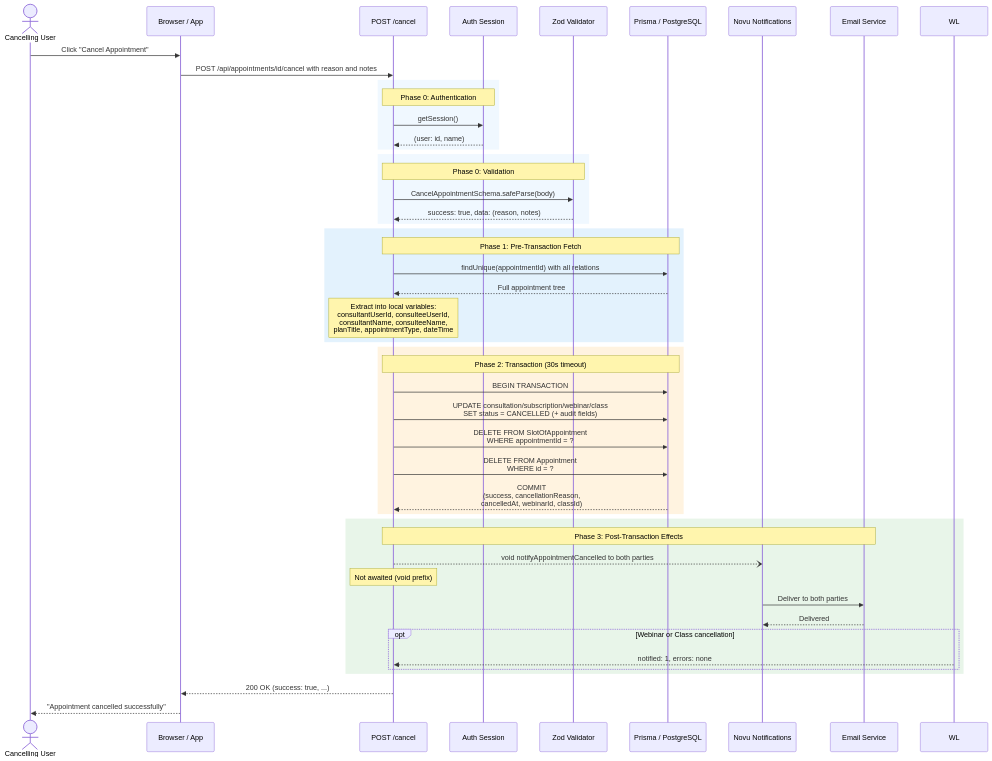
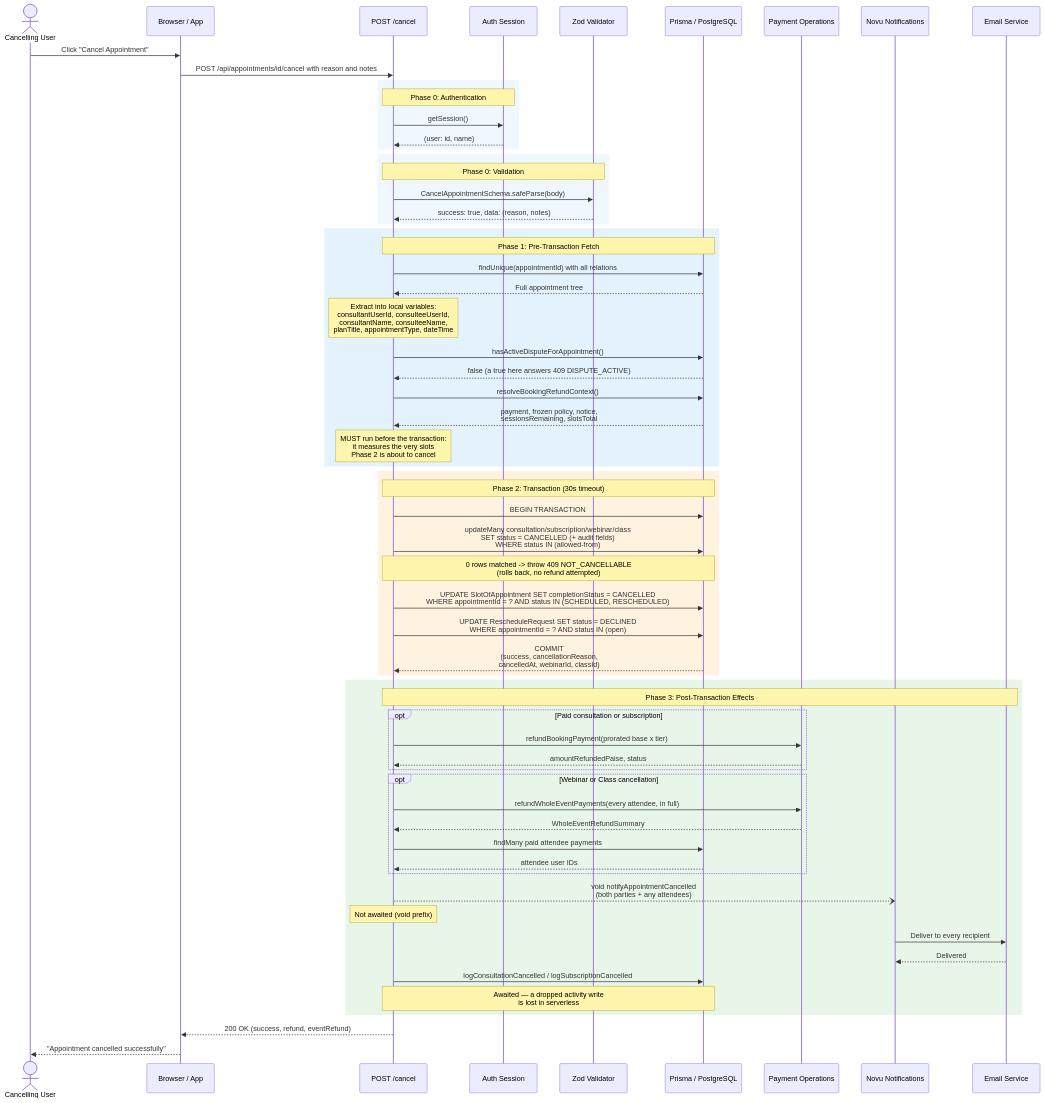
Diagram 14 of 14 in docs/booking/08-cancellation-flow.md (Practitionist/familiarise_web), drawn with Mermaid before and after one commit. The commit also changed other lines of this file and 8 other files, not shown here.

````diff
--- a/docs/booking/08-cancellation-flow.md
+++ b/docs/booking/08-cancellation-flow.md
@@ -1076,57 +1248,76 @@
 ```mermaid
 sequenceDiagram
     actor User as Cancelling User
     participant Client as Browser / App
     participant API as POST /cancel
     participant Auth as Auth Session
     participant Zod as Zod Validator
     participant DB as Prisma / PostgreSQL
+    participant Pay as Payment Operations
     participant Novu as Novu Notifications
     participant Email as Email Service
 
     User->>Client: Click "Cancel Appointment"
     Client->>API: POST /api/appointments/id/cancel with reason and notes
 
     rect rgb(240, 248, 255)
         Note over API,Auth: Phase 0: Authentication
         API->>Auth: getSession()
         Auth-->>API: (user: id, name)
     end
 
     rect rgb(240, 248, 255)
         Note over API,Zod: Phase 0: Validation
         API->>Zod: CancelAppointmentSchema.safeParse(body)
         Zod-->>API: success: true, data: (reason, notes)
     end
 
     rect rgb(227, 242, 253)
         Note over API,DB: Phase 1: Pre-Transaction Fetch
         API->>DB: findUnique(appointmentId) with all relations
         DB-->>API: Full appointment tree
         Note over API: Extract into local variables:<br/>consultantUserId, consulteeUserId,<br/>consultantName, consulteeName,<br/>planTitle, appointmentType, dateTime
+        API->>DB: hasActiveDisputeForAppointment()
+        DB-->>API: false (a true here answers 409 DISPUTE_ACTIVE)
+        API->>DB: resolveBookingRefundContext()
+        DB-->>API: payment, frozen policy, notice,<br/>sessionsRemaining, slotsTotal
+        Note over API: MUST run before the transaction:<br/>it measures the very slots<br/>Phase 2 is about to cancel
     end
 
     rect rgb(255, 243, 224)
         Note over API,DB: Phase 2: Transaction (30s timeout)
         API->>DB: BEGIN TRANSACTION
-        API->>DB: UPDATE consultation/subscription/webinar/class<br/>SET status = CANCELLED (+ audit fields)
-        API->>DB: DELETE FROM SlotOfAppointment<br/>WHERE appointmentId = ?
-        API->>DB: DELETE FROM Appointment<br/>WHERE id = ?
+        API->>DB: updateMany consultation/subscription/webinar/class<br/>SET status = CANCELLED (+ audit fields)<br/>WHERE status IN (allowed-from)
+        Note over API,DB: 0 rows matched -> throw 409 NOT_CANCELLABLE<br/>(rolls back, no refund attempted)
+        API->>DB: UPDATE SlotOfAppointment SET completionStatus = CANCELLED<br/>WHERE appointmentId = ? AND status IN (SCHEDULED, RESCHEDULED)
+        API->>DB: UPDATE RescheduleRequest SET status = DECLINED<br/>WHERE appointmentId = ? AND status IN (open)
         DB-->>API: COMMIT<br/>(success, cancellationReason,<br/>cancelledAt, webinarId, classId)
     end
 
     rect rgb(232, 245, 233)
         Note over API,Email: Phase 3: Post-Transaction Effects
-        API--)Novu: void notifyAppointmentCancelled to both parties
+
+        opt Paid consultation or subscription
+            API->>Pay: refundBookingPayment(prorated base x tier)
+            Pay-->>API: amountRefundedPaise, status
+        end
+
+        opt Webinar or Class cancellation
+            API->>Pay: refundWholeEventPayments(every attendee, in full)
+            Pay-->>API: WholeEventRefundSummary
+            API->>DB: findMany paid attendee payments
+            DB-->>API: attendee user IDs
+        end
+
+        API--)Novu: void notifyAppointmentCancelled<br/>(both parties + any attendees)
         Note over API: Not awaited (void prefix)
-        Novu->>Email: Deliver to both parties
+        Novu->>Email: Deliver to every recipient
         Email-->>Novu: Delivered
 
-        opt Webinar or Class cancellation
-            WL-->>API: notified: 1, errors: none
-        end
+        API->>DB: logConsultationCancelled / logSubscriptionCancelled
+        Note over API,DB: Awaited — a dropped activity write<br/>is lost in serverless
     end
 
-    API-->>Client: 200 OK (success: true, ...)
+    API-->>Client: 200 OK (success, refund, eventRefund)
     Client-->>User: "Appointment cancelled successfully"
 ```
````
